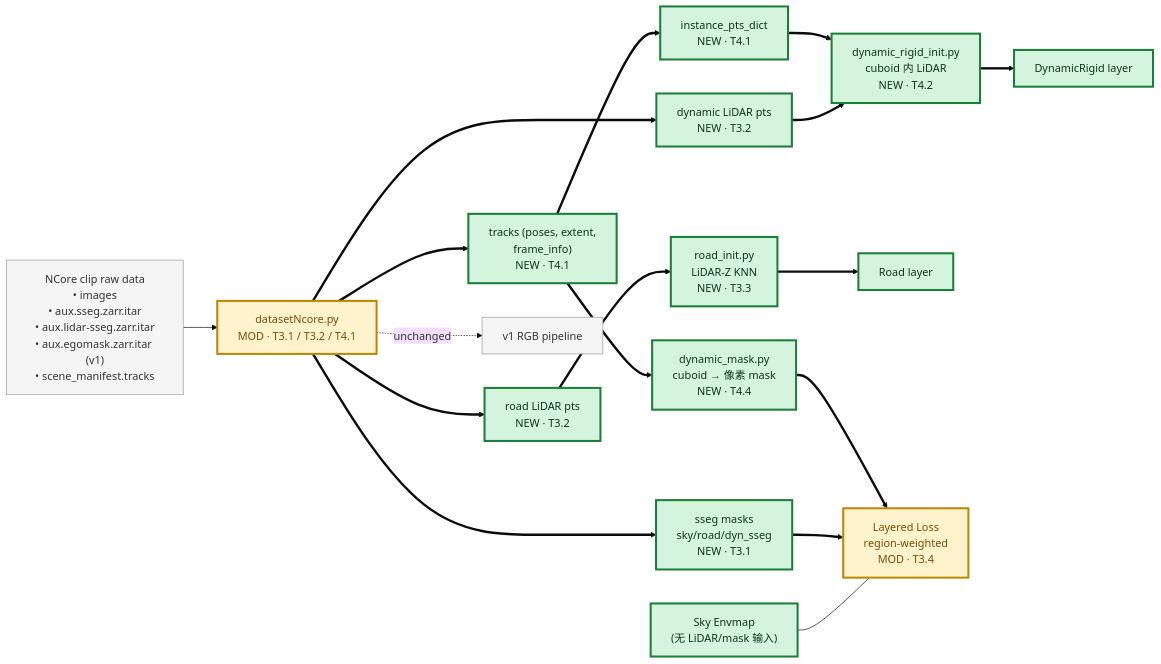
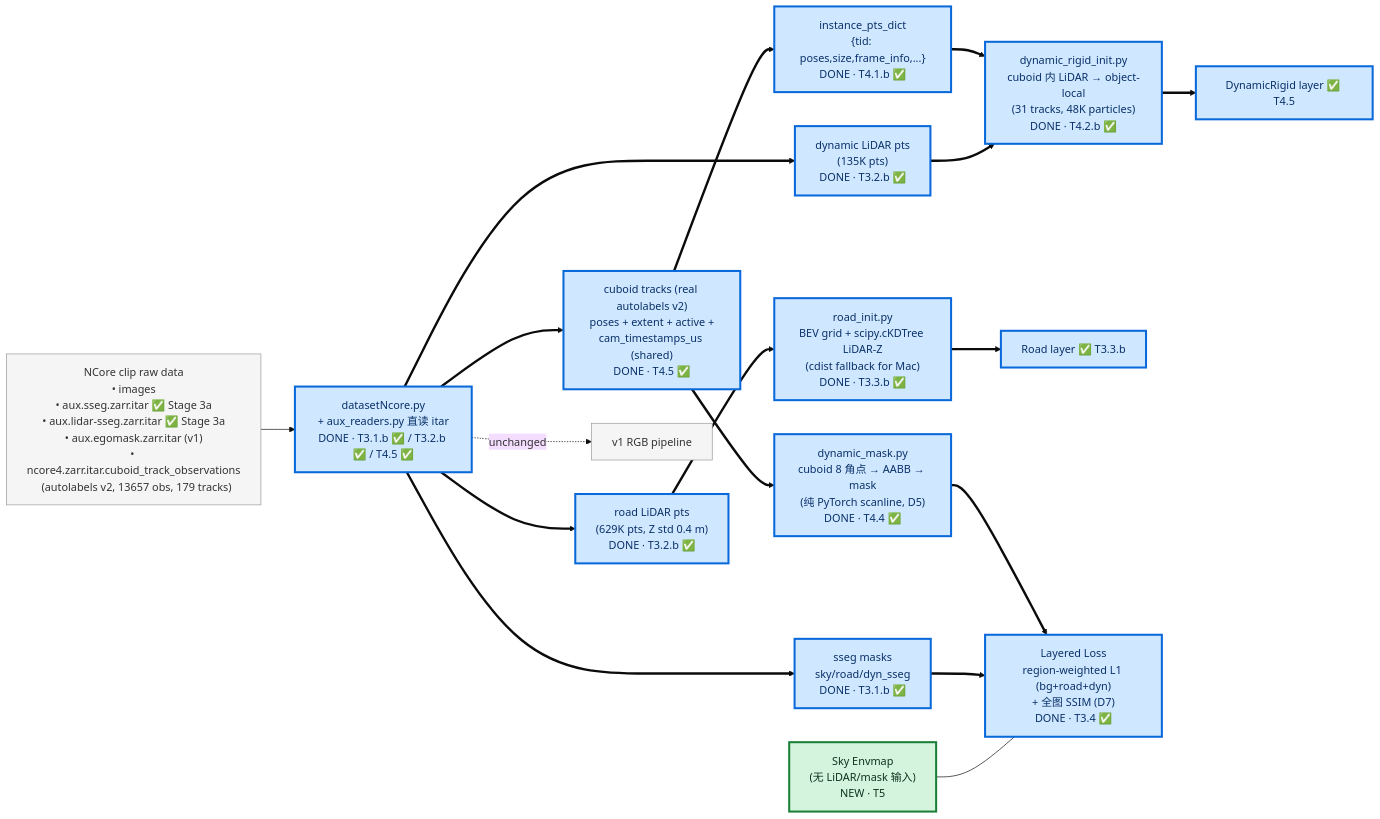
The sixth of 10 diagrams in v2_architecture.md (etendue/3dgrut), drawn with Mermaid (base theme) before and after one commit. The commit also changed other lines of this file and 1 other file, not shown here.

````diff
--- a/v2_architecture.md
+++ b/v2_architecture.md
@@ -256,54 +257,54 @@
 ```mermaid
 flowchart LR
-    Raw["NCore clip raw data<br/>• images<br/>• aux.sseg.zarr.itar<br/>• aux.lidar-sseg.zarr.itar<br/>• aux.egomask.zarr.itar (v1)<br/>• scene_manifest.tracks"]:::existing
+    Raw["NCore clip raw data<br/>• images<br/>• aux.sseg.zarr.itar ✅ Stage 3a<br/>• aux.lidar-sseg.zarr.itar ✅ Stage 3a<br/>• aux.egomask.zarr.itar (v1)<br/>• ncore4.zarr.itar.cuboid_track_observations<br/>  (autolabels v2, 13657 obs, 179 tracks)"]:::existing
 
-    DS["datasetNcore.py<br/>MOD · T3.1 / T3.2 / T4.1"]:::mod
+    DS["datasetNcore.py<br/>+ aux_readers.py 直读 itar<br/>DONE · T3.1.b ✅ / T3.2.b ✅ / T4.5 ✅"]:::done
 
-    %% 派生数据
-    SsegMask["sseg masks<br/>sky/road/dyn_sseg<br/>NEW · T3.1"]:::new
-    RoadPts["road LiDAR pts<br/>NEW · T3.2"]:::new
-    DynPts["dynamic LiDAR pts<br/>NEW · T3.2"]:::new
-    Tracks["tracks (poses, extent,<br/>frame_info)<br/>NEW · T4.1"]:::new
-    InstDict["instance_pts_dict<br/>NEW · T4.1"]:::new
+    %% 派生数据 ✅
+    SsegMask["sseg masks<br/>sky/road/dyn_sseg<br/>DONE · T3.1.b ✅"]:::done
+    RoadPts["road LiDAR pts<br/>(629K pts, Z std 0.4 m)<br/>DONE · T3.2.b ✅"]:::done
+    DynPts["dynamic LiDAR pts<br/>(135K pts)<br/>DONE · T3.2.b ✅"]:::done
+    Tracks["cuboid tracks (real autolabels v2)<br/>poses + extent + active +<br/>cam_timestamps_us (shared)<br/>DONE · T4.5 ✅"]:::done
+    InstDict["instance_pts_dict<br/>{tid: poses,size,frame_info,...}<br/>DONE · T4.1.b ✅"]:::done
 
-    %% Init 模块
-    RoadInit["road_init.py<br/>LiDAR-Z KNN<br/>NEW · T3.3"]:::new
-    DynInit["dynamic_rigid_init.py<br/>cuboid 内 LiDAR<br/>NEW · T4.2"]:::new
-    DynMask["dynamic_mask.py<br/>cuboid → 像素 mask<br/>NEW · T4.4"]:::new
+    %% Init 模块 ✅
+    RoadInit["road_init.py<br/>BEV grid + scipy.cKDTree LiDAR-Z<br/>(cdist fallback for Mac)<br/>DONE · T3.3.b ✅"]:::done
+    DynInit["dynamic_rigid_init.py<br/>cuboid 内 LiDAR → object-local<br/>(31 tracks, 48K particles)<br/>DONE · T4.2.b ✅"]:::done
+    DynMask["dynamic_mask.py<br/>cuboid 8 角点 → AABB → mask<br/>(纯 PyTorch scanline, D5)<br/>DONE · T4.4 ✅"]:::done
 
-    %% Layered 层
-    RoadL["Road layer"]:::new
-    DynR["DynamicRigid layer"]:::new
-    SkyL["Sky Envmap<br/>(无 LiDAR/mask 输入)"]:::new
+    %% Layered 层 ✅
+    RoadL["Road layer ✅ T3.3.b"]:::done
+    DynR["DynamicRigid layer ✅ T4.5"]:::done
+    SkyL["Sky Envmap<br/>(无 LiDAR/mask 输入)<br/>NEW · T5"]:::new
 
-    %% Loss regions
-    LayLoss["Layered Loss<br/>region-weighted<br/>MOD · T3.4"]:::mod
+    %% Loss regions ✅
+    LayLoss["Layered Loss<br/>region-weighted L1 (bg+road+dyn)<br/>+ 全图 SSIM (D7)<br/>DONE · T3.4 ✅"]:::done
 
     Raw --> DS
 
     DS ==> SsegMask
     DS ==> RoadPts
     DS ==> DynPts
     DS ==> Tracks
 
     Tracks ==> InstDict
     InstDict ==> DynInit
     DynPts ==> DynInit
     DynInit ==> DynR
 
     RoadPts ==> RoadInit
     RoadInit ==> RoadL
 
     Tracks ==> DynMask
     DynMask ==> LayLoss
 
     SsegMask ==> LayLoss
     SkyL --- LayLoss
 
     DS -. unchanged .-> StdRGB["v1 RGB pipeline"]:::existing
 
     classDef existing fill:#f5f5f5,stroke:#999,color:#333
     classDef new      fill:#d4f4dd,stroke:#1a7f37,stroke-width:3px,color:#0d3320
     classDef mod      fill:#fff3cd,stroke:#bf8700,stroke-width:3px,color:#7a4d00
     classDef done     fill:#cfe8ff,stroke:#0969da,stroke-width:3px,color:#0a3069
 ```
````
